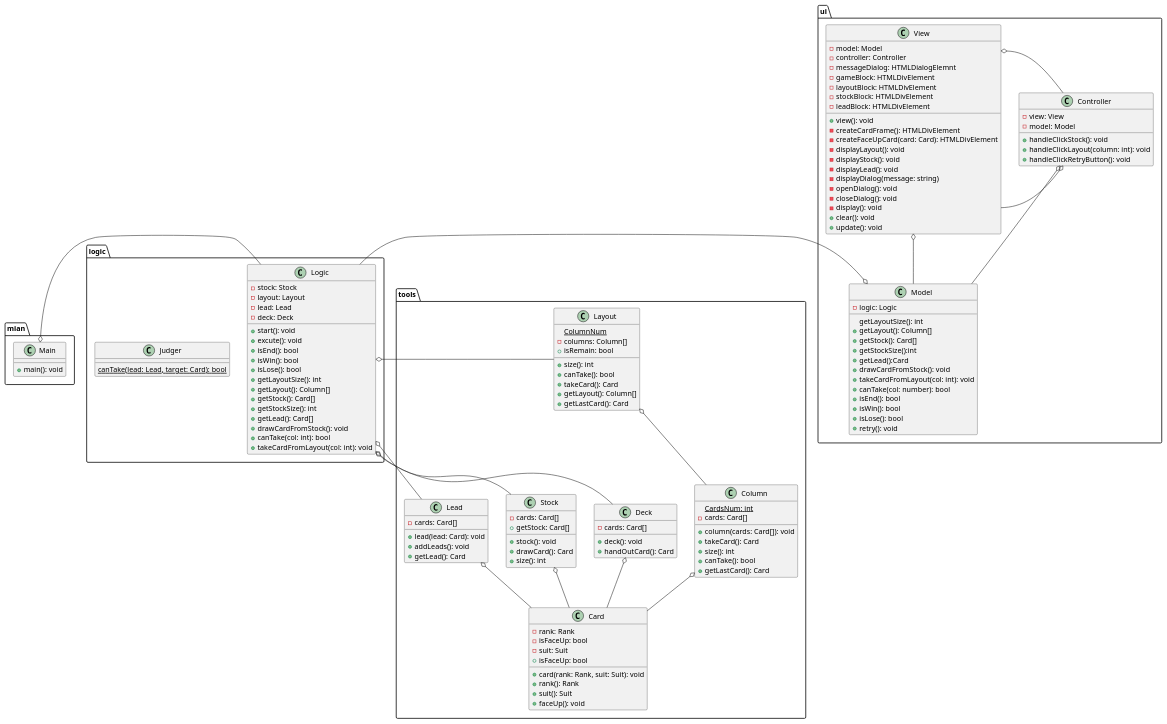
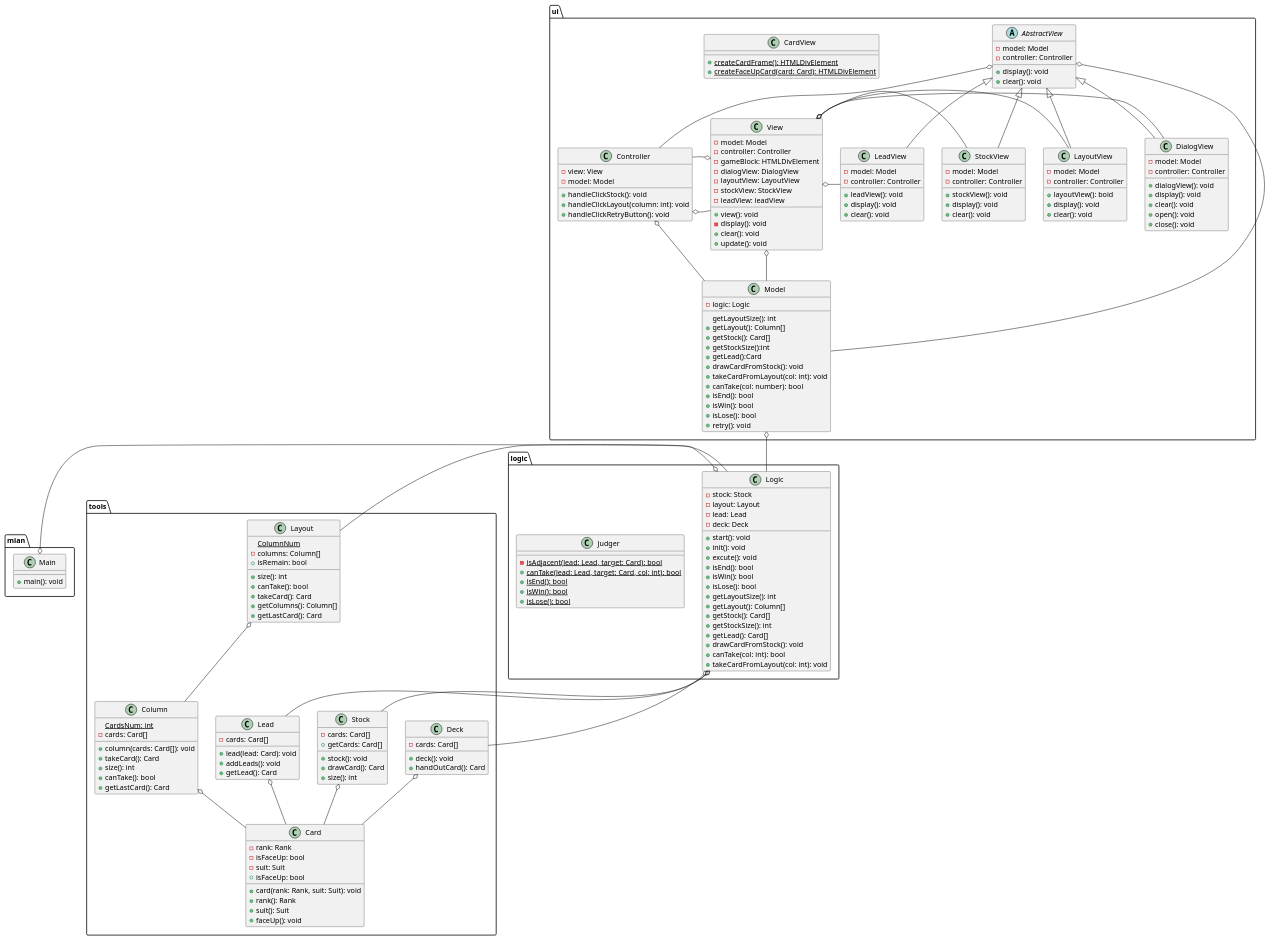
Before and after one commit to hamao0820/golf: the diagram in design/GOLF.pu, drawn with PlantUML.

Commit message:
puファイルを更新

```diff
--- a/design/GOLF.pu
+++ b/design/GOLF.pu
@@ -13,6 +13,7 @@
         -lead: Lead
         -deck: Deck
         +start(): void
+        +init(): void
         +excute(): void
         +isEnd(): bool
         +isWin(): bool
@@ -28,7 +29,11 @@
     }
 
     class Judger {
-        {static} canTake(lead: Lead, target: Card): bool
+        {static} -isAdjacent(lead: Lead, target: Card): bool
+        {static} +canTake(lead: Lead, target: Card, col: int): bool
+        {static} +isEnd(): bool
+        {static} +isWin(): bool
+        {static} +isLose(): bool
     }
 }
 
@@ -50,7 +55,7 @@
         +stock(): void
         +drawCard(): Card
         +size(): int
-        +getStock: Card[]
+        +getCards: Card[]
     }
     ' 列
     class Column {
@@ -69,7 +74,7 @@
         +size(): int
         +canTake(): bool
         +takeCard(): Card
-        +getLayout(): Column[]
+        +getColumns(): Column[]
         +getLastCard(): Card
         +isRemain: bool
     }
@@ -104,23 +109,60 @@
         +isLose(): bool
         +retry(): void
     }
+    abstract AbstractView{
+        -model: Model
+        -controller: Controller
+        +display(): void
+        +clear(): void
+    }
+
+    class LayoutView {
+        -model: Model
+        -controller: Controller
+        +layoutView(): boid
+        +display(): void
+        +clear(): void
+    }
+    class StockView {
+        -model: Model
+        -controller: Controller
+        +stockView(): void
+        +display(): void
+        +clear(): void
+    }
+    class LeadView {
+        -model: Model
+        -controller: Controller
+        +leadView(): void
+        +display(): void
+        +clear(): void
+    }
+
+    class DialogView {
+        -model: Model
+        -controller: Controller
+        +dialogView(): void
+        +display(): void
+        +clear(): void
+        +open(): void
+        +close(): void
+    }
+
+    class CardView {
+        {static} +createCardFrame(): HTMLDivElement
+        {static} +createFaceUpCard(card: Card): HTMLDivElement
+    }
+
     class View {
         -model: Model
         -controller: Controller
-        -messageDialog: HTMLDialogElemnt
         -gameBlock: HTMLDivElement
-        -layoutBlock: HTMLDivElement
-        -stockBlock: HTMLDivElement
-        -leadBlock: HTMLDivElement
+        -dialogView: DialogView
+        -layoutView: LayoutView
+        -stockView: StockView
+        -leadView: leadView
+
         +view(): void
-        -createCardFrame(): HTMLDivElement
-        -createFaceUpCard(card: Card): HTMLDivElement
-        -displayLayout(): void
-        -displayStock(): void
-        -displayLead(): void
-        -displayDialog(message: string)
-        -openDialog(): void
-        -closeDialog(): void
         -display(): void
         +clear(): void
         +update(): void
@@ -148,6 +190,16 @@
 Controller o- View
 View o-- Model
 View o- Controller
-Model o- Logic
+AbstractView o- Model
+AbstractView o- Controller
+AbstractView <|-- LayoutView
+AbstractView <|-- StockView
+AbstractView <|-- LeadView
+AbstractView <|-- DialogView
+View o- LayoutView
+View o- StockView
+View o- LeadView
+View o- DialogView
+Model o-- Logic
 
 @enduml
```
